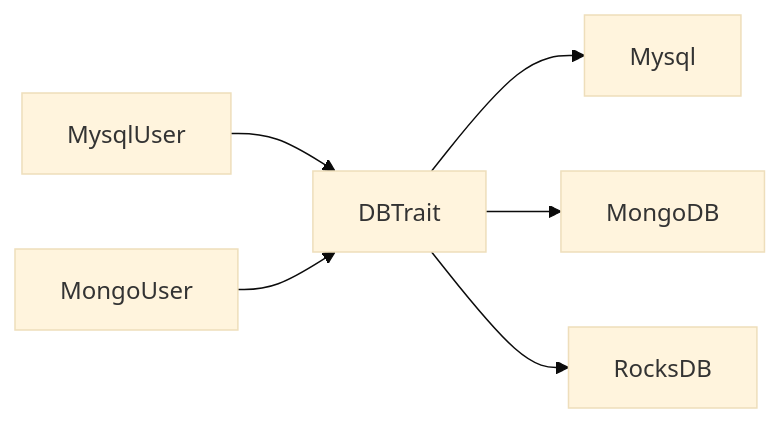
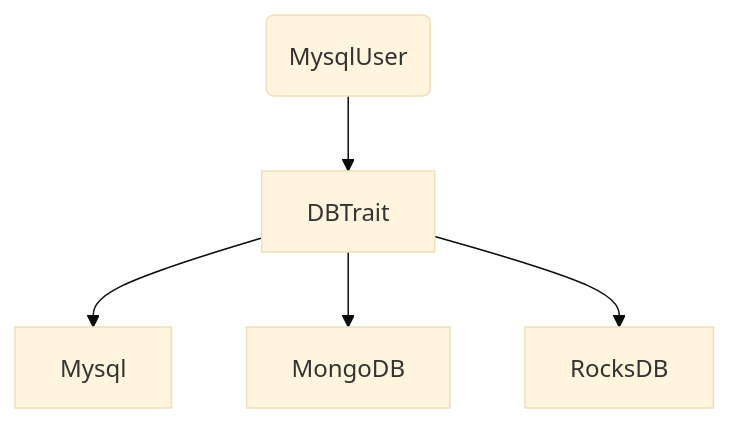
The first of 12 diagrams in text/0000-extern-impl.md (rust-lang/rfcs), drawn with Mermaid (base theme) before and after one commit. The commit also changed other lines of this file, not shown here.

````diff
--- a/text/0000-extern-impl.md
+++ b/text/0000-extern-impl.md
@@ -49,8 +61,4 @@
 ```mermaid
-graph LR
-MysqlUser --> DBTrait
-MongoUser --> DBTrait
-DBTrait --> Mysql
-DBTrait --> MongoDB
-DBTrait --> RocksDB
+graph TB
+MysqlUser(MysqlUser) --> DBTrait --> Mysql & MongoDB & RocksDB
 ```
````
